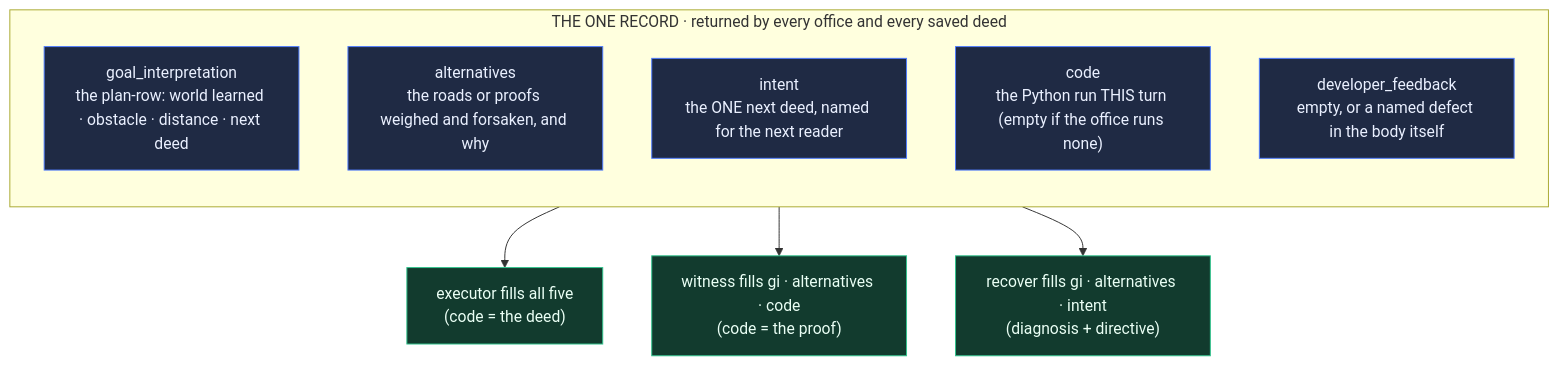
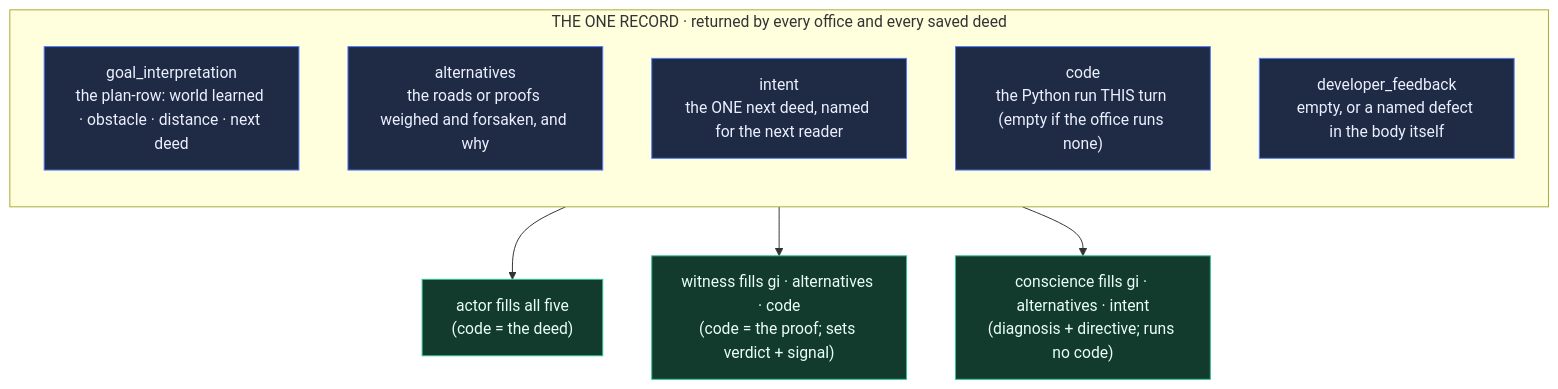
Before and after one commit to wgabrys88/endgame-ai: the fifth of 8 diagrams in README.md, drawn with Mermaid. The commit also changed other lines of this file, not shown here.

````diff
--- a/README.md
+++ b/README.md
@@ -205,22 +224,20 @@
 ```mermaid
 flowchart TB
     subgraph REC["THE ONE RECORD · returned by every office and every saved deed"]
       direction TB
       GI["goal_interpretation<br/>the plan-row: world learned · obstacle · distance · next deed"]
       AL["alternatives<br/>the roads or proofs weighed and forsaken, and why"]
       IN["intent<br/>the ONE next deed, named for the next reader"]
       CO["code<br/>the Python run THIS turn (empty if the office runs none)"]
       DF["developer_feedback<br/>empty, or a named defect in the body itself"]
     end
-    E["executor fills all five<br/>(code = the deed)"]
-    W["witness fills gi · alternatives · code<br/>(code = the proof)"]
-    R["recover fills gi · alternatives · intent<br/>(diagnosis + directive)"]
+    E["actor fills all five<br/>(code = the deed)"]
+    W["witness fills gi · alternatives · code<br/>(code = the proof; sets verdict + signal)"]
+    R["conscience fills gi · alternatives · intent<br/>(diagnosis + directive; runs no code)"]
     REC --> E
     REC --> W
     REC --> R
-
     classDef r fill:#1f2a44,stroke:#4f7cff,color:#eaf0ff;
     classDef o fill:#123b2e,stroke:#31c48d,color:#eafff5;
-    class GI,AL,IN,CO,DF r;
-    class E,W,R o;
+    class GI,AL,IN,CO,DF r; class E,W,R o;
 ```
````
